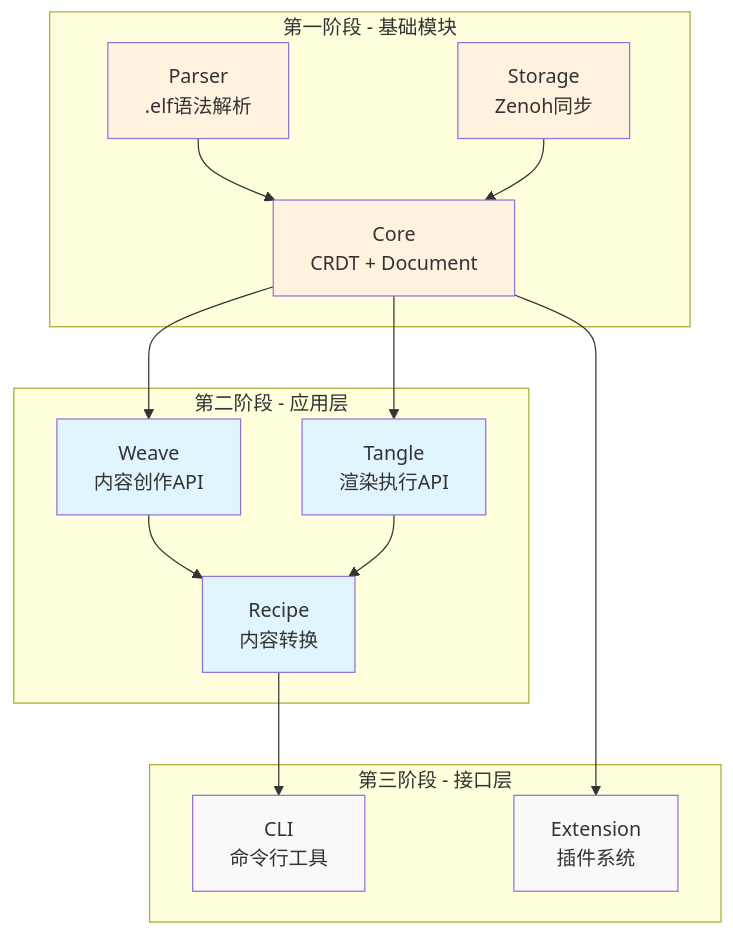
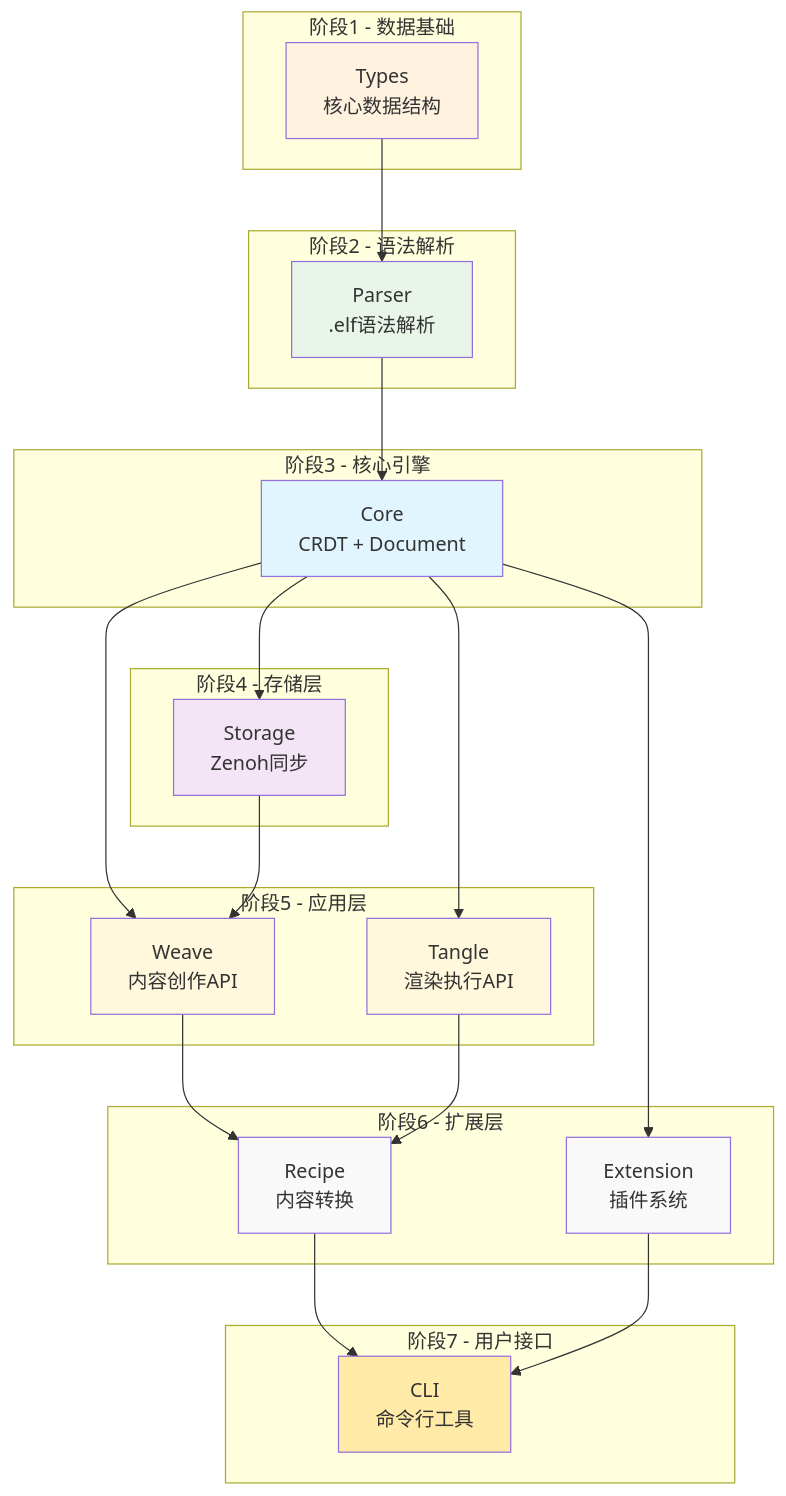
The diagram in plans/01-overview.md (allenwoods/elfi), drawn with Mermaid before and after one commit. The commit also changed other lines of this file and 12 other files, not shown here.

````diff
--- a/plans/01-overview.md
+++ b/plans/01-overview.md
@@ -20,37 +20,54 @@
 ```mermaid
 graph TB
-    subgraph "第一阶段 - 基础模块"
-        A[Core<br/>CRDT + Document]
-        B[Parser<br/>.elf语法解析]
-        C[Storage<br/>Zenoh同步]
+    subgraph "阶段1 - 数据基础"
+        A[Types<br/>核心数据结构]
     end
     
-    subgraph "第二阶段 - 应用层"
-        D[Weave<br/>内容创作API]
-        E[Tangle<br/>渲染执行API]
-        F[Recipe<br/>内容转换]
+    subgraph "阶段2 - 语法解析"
+        B[Parser<br/>.elf语法解析]
     end
     
-    subgraph "第三阶段 - 接口层"
-        G[CLI<br/>命令行工具]
+    subgraph "阶段3 - 核心引擎"
+        C[Core<br/>CRDT + Document]
+    end
+    
+    subgraph "阶段4 - 存储层"
+        D[Storage<br/>Zenoh同步]
+    end
+    
+    subgraph "阶段5 - 应用层"
+        E[Weave<br/>内容创作API]
+        F[Tangle<br/>渲染执行API]
+    end
+    
+    subgraph "阶段6 - 扩展层"
+        G[Recipe<br/>内容转换]
         H[Extension<br/>插件系统]
     end
     
-    A --> D
-    A --> E
-    B --> A
-    C --> A
-    D --> F
-    E --> F
+    subgraph "阶段7 - 用户接口"
+        I[CLI<br/>命令行工具]
+    end
+    
+    A --> B
+    B --> C
+    C --> D
+    C --> E
+    C --> F
+    D --> E
+    E --> G
     F --> G
-    A --> H
+    C --> H
+    G --> I
+    H --> I
     
     style A fill:#fff3e0
-    style B fill:#fff3e0
-    style C fill:#fff3e0
-    style D fill:#e1f5fe
-    style E fill:#e1f5fe
-    style F fill:#e1f5fe
+    style B fill:#e8f5e8
+    style C fill:#e1f5fe
+    style D fill:#f3e5f5
+    style E fill:#fff8dc
+    style F fill:#fff8dc
     style G fill:#f9f9f9
     style H fill:#f9f9f9
+    style I fill:#ffeaa7
 ```
````
